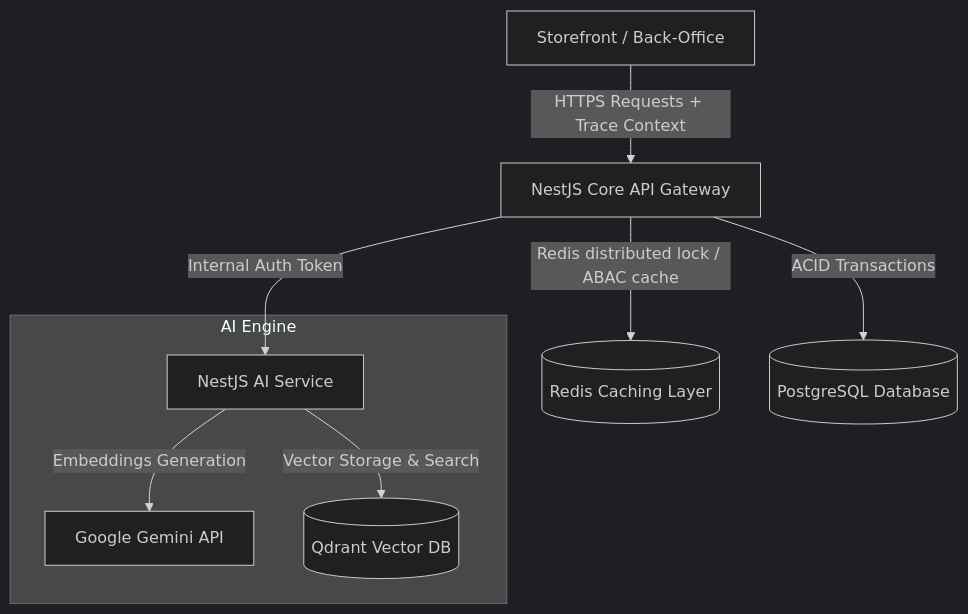
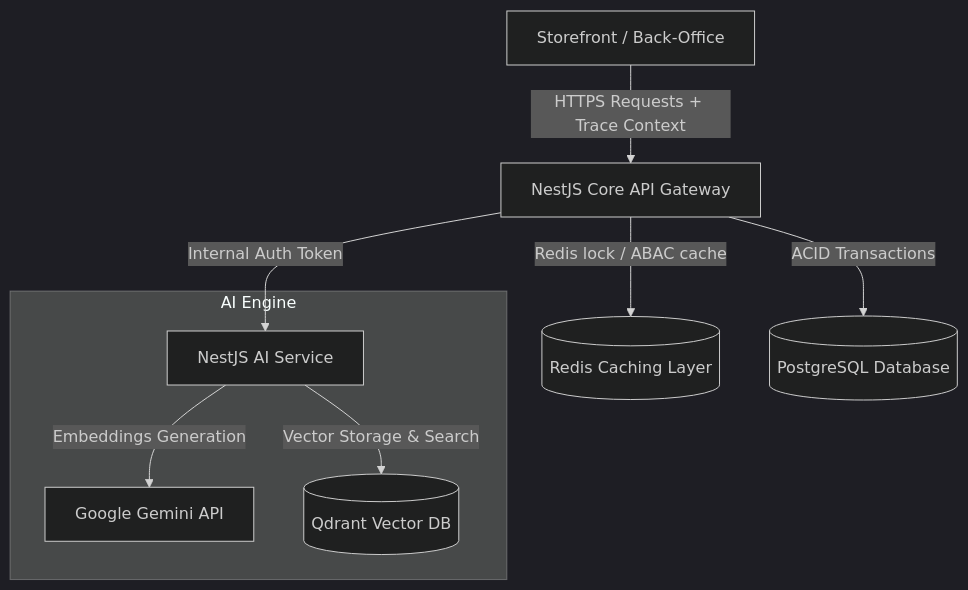
The first of 2 diagrams in README.md (pthawng/E-Commerce), drawn with Mermaid (dark theme) before and after one commit. The commit also changed other lines of this file, not shown here.

````diff
--- a/README.md
+++ b/README.md
@@ -52,12 +31,12 @@
 ```mermaid
 graph TD
     Client[Storefront / Back-Office] -->|HTTPS Requests + Trace Context| Gateway[NestJS Core API Gateway]
-    Gateway -->|Redis distributed lock / ABAC cache| Redis[(Redis Caching Layer)]
+    Gateway -->|Redis lock / ABAC cache| Redis[(Redis Caching Layer)]
     Gateway -->|ACID Transactions| PostgreSQL[(PostgreSQL Database)]
     Gateway -->|Internal Auth Token| AIService[NestJS AI Service]
     
     subgraph AI Engine
         AIService -->|Embeddings Generation| Gemini[Google Gemini API]
         AIService -->|Vector Storage & Search| Qdrant[(Qdrant Vector DB)]
     end
 ```
````
